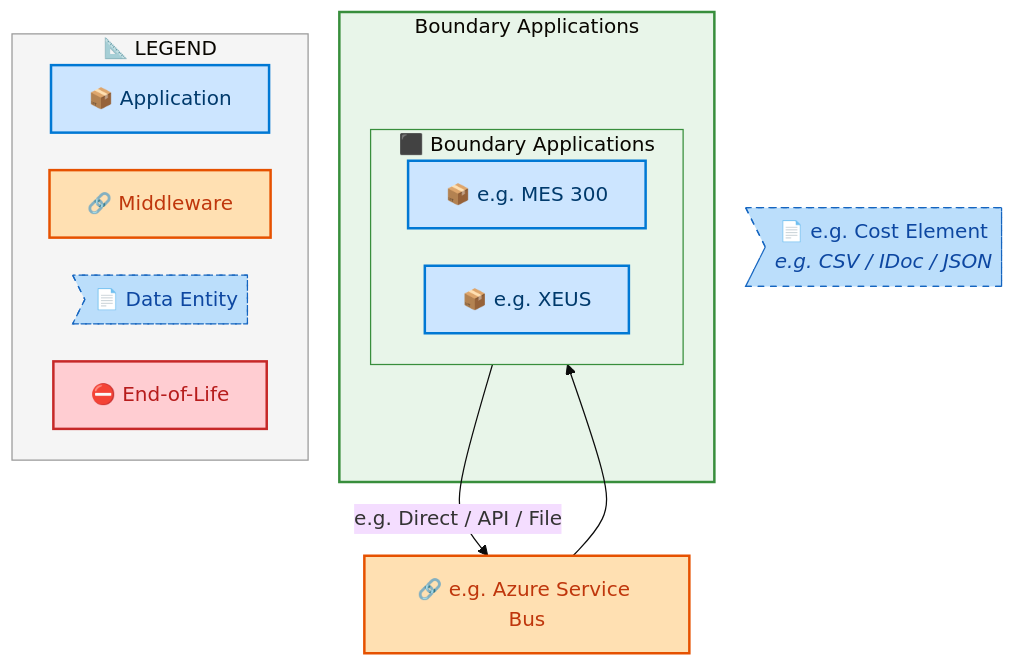
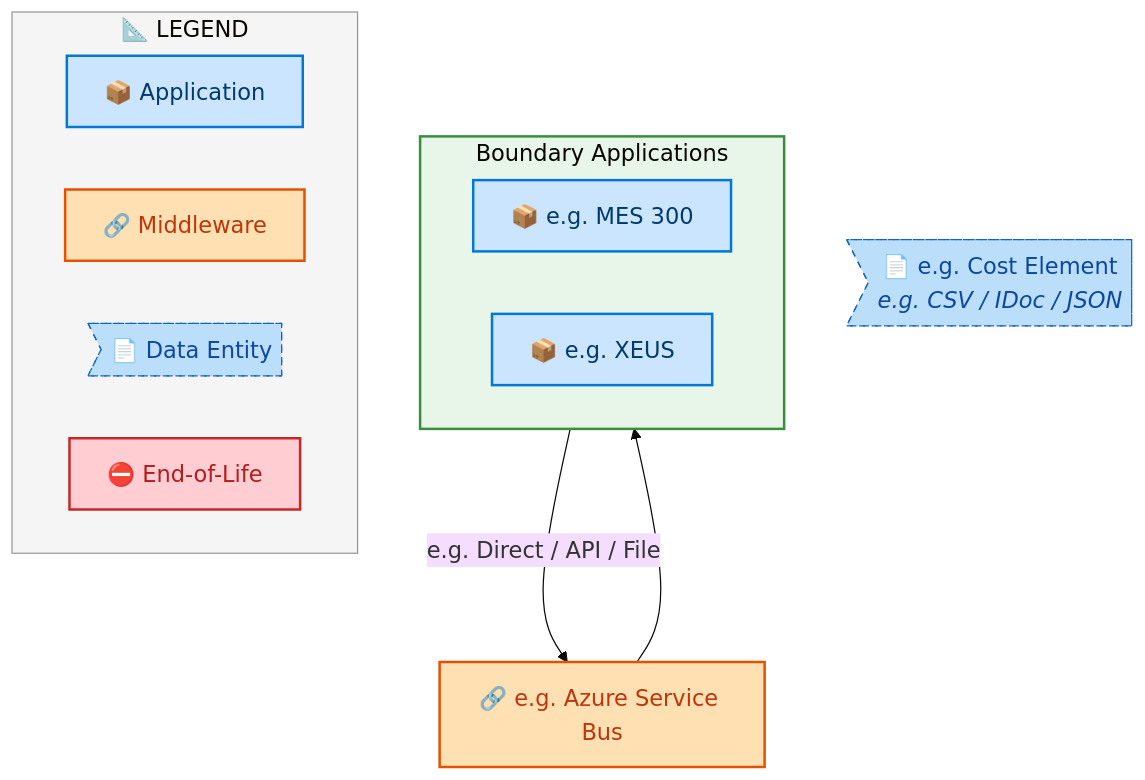
The fourth of 7 diagrams in towers/E2E/Procure to Pay/E2E-61/output/docs/systems-architecture/E2E-61-Architecture.md (sajivfrancis777/IAO-Architecture), drawn with Mermaid before and after one commit. The commit also changed other lines of this file and 251 other files, not shown here.

````diff
--- a/towers/E2E/Procure to Pay/E2E-61/output/docs/systems-architecture/E2E-61-Architecture.md
+++ b/towers/E2E/Procure to Pay/E2E-61/output/docs/systems-architecture/E2E-61-Architecture.md
@@ -593,40 +593,37 @@
 ```mermaid
-%%{init: {"theme": "base", "securityLevel": "loose", "themeVariables": {"fontSize": "16px", "fontFamily": "Segoe UI, Arial, sans-serif"}, "flowchart": {"useMaxWidth": false, "htmlLabels": true, "nodeSpacing": 30, "rankSpacing": 35}} }%%
+%%{init: {"theme": "base", "securityLevel": "loose", "themeVariables": {"fontSize": "18px", "fontFamily": "Segoe UI, Arial, sans-serif"}, "flowchart": {"useMaxWidth": false, "htmlLabels": true, "nodeSpacing": 50, "rankSpacing": 60}} }%%
 flowchart TB
     %% -- ArchiMate 3.2 + Azure style classes --
     classDef business      fill:#FFFFB3,stroke:#F9A825,stroke-width:2px,color:#000
     classDef app           fill:#CCE5FF,stroke:#0078D4,stroke-width:2px,color:#003A6C
     classDef data          fill:#BBDEFB,stroke:#1565C0,stroke-width:1px,color:#0D47A1,stroke-dasharray: 5 5
     classDef middleware    fill:#FFE0B2,stroke:#E65100,stroke-width:2px,color:#BF360C
     classDef eol           fill:#FFCDD2,stroke:#C62828,stroke-width:2px,color:#B71C1C
     classDef saas          fill:#E1BEE7,stroke:#7B1FA2,stroke-width:2px,color:#4A148C
     classDef cloud         fill:#BBDEFB,stroke:#1565C0,stroke-width:2px,color:#0D47A1
     classDef onprem        fill:#C8E6C9,stroke:#2E7D32,stroke-width:2px,color:#1B5E20
 
-    subgraph E2E61CT_Boundary_Applications["Boundary Applications"]
-        subgraph E2E61CLN_Boundary_Applications[" ⬛ Boundary Applications"]
-            direction LR
-            E2E61C_e_g_MES_300["📦 e.g. MES 300"]:::app
-            E2E61C_e_g_XEUS["📦 e.g. XEUS"]:::app
-        end
+    subgraph E2E61CLN_Boundary_Applications[" Boundary Applications"]
+        direction LR
+        E2E61C_e_g_MES_300["📦 e.g. MES 300"]:::app
+        E2E61C_e_g_XEUS["📦 e.g. XEUS"]:::app
     end
 
     E2E61CMW_e_g_Azure_Service_Bus["🔗 e.g. Azure Service Bus"]:::middleware
     E2E61CDE_e_g_Cost_Element>"📄 e.g. Cost Element<br/><i>e.g. CSV / IDoc / JSON</i>"]:::data
 
     E2E61C_e_g_MES_300 -->|"e.g. Direct / API / File"| E2E61CMW_e_g_Azure_Service_Bus
     E2E61CMW_e_g_Azure_Service_Bus --> E2E61C_e_g_XEUS
 
 
-    style E2E61CT_Boundary_Applications fill:#E8F5E9,stroke:#388E3C,stroke-width:2px
-    style E2E61CLN_Boundary_Applications fill:#E8F5E9,stroke:#388E3C,stroke-width:1px
+    style E2E61CLN_Boundary_Applications fill:#E8F5E9,stroke:#388E3C,stroke-width:2px
 
     subgraph Legend["📐 LEGEND"]
         direction LR
         L_APP["📦 Application"]:::app
         L_MW["🔗 Middleware"]:::middleware
         L_DE>"📄 Data Entity"]:::data
         L_EOL["⛔ End-of-Life"]:::eol
     end
     style Legend fill:#F5F5F5,stroke:#999,stroke-width:1px
 ```
````
